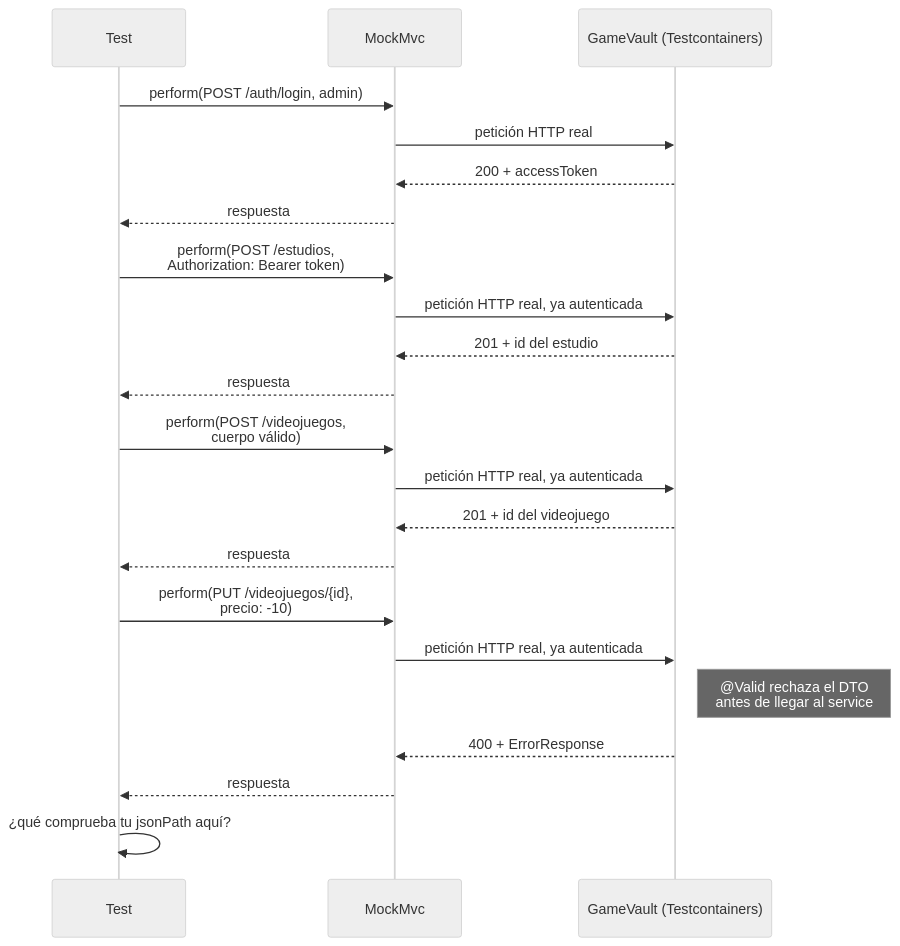
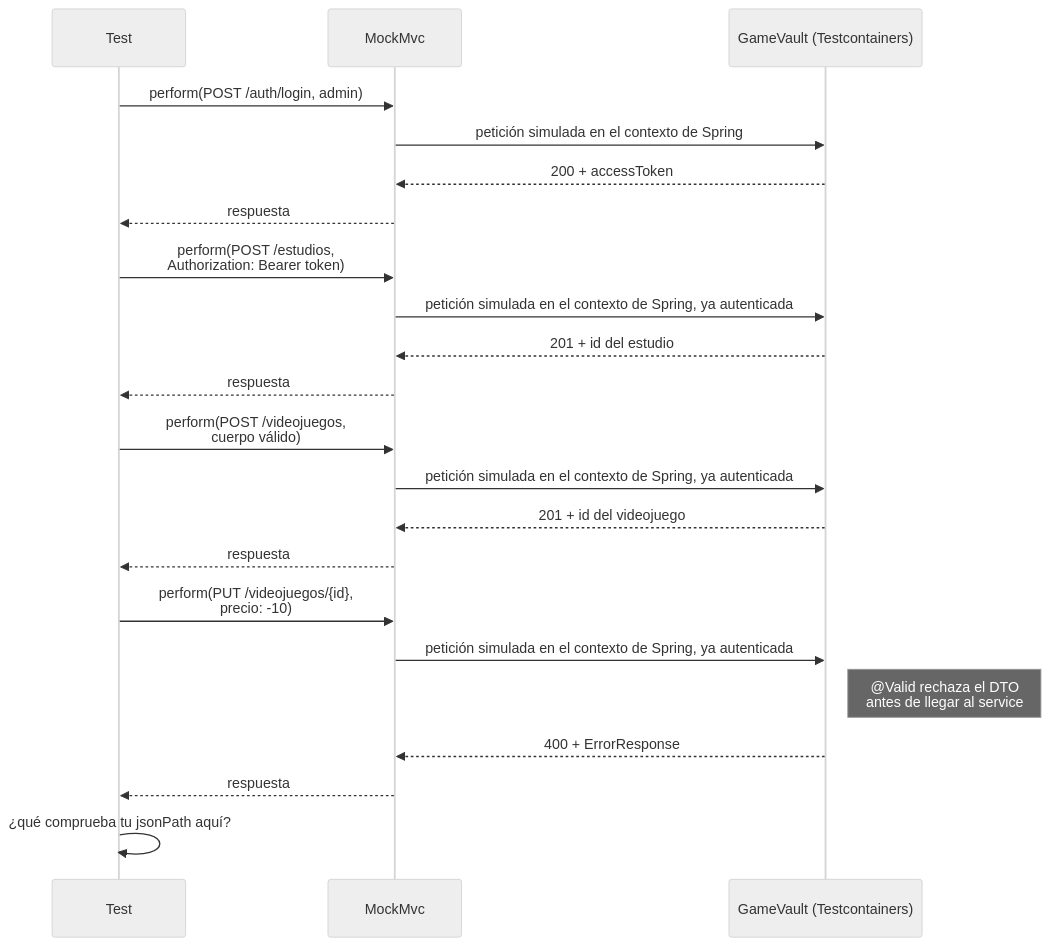
Before and after one commit to aitorventura/acceso-a-datos: the fourth of 6 diagrams in docs/tema2/actividad_2_3.md, drawn with Mermaid (neutral theme). The commit also changed other lines of this file and 5 other files, not shown here.

````diff
--- a/docs/tema2/actividad_2_3.md
+++ b/docs/tema2/actividad_2_3.md
@@ -368,28 +337,28 @@
 ```mermaid
 sequenceDiagram
     participant Test
     participant MockMvc
     participant App as GameVault (Testcontainers)
 
     Test->>MockMvc: perform(POST /auth/login, admin)
-    MockMvc->>App: petición HTTP real
+    MockMvc->>App: petición simulada en el contexto de Spring
     App-->>MockMvc: 200 + accessToken
     MockMvc-->>Test: respuesta
 
     Test->>MockMvc: perform(POST /estudios,<br/>Authorization: Bearer token)
-    MockMvc->>App: petición HTTP real, ya autenticada
+    MockMvc->>App: petición simulada en el contexto de Spring, ya autenticada
     App-->>MockMvc: 201 + id del estudio
     MockMvc-->>Test: respuesta
 
     Test->>MockMvc: perform(POST /videojuegos,<br/>cuerpo válido)
-    MockMvc->>App: petición HTTP real, ya autenticada
+    MockMvc->>App: petición simulada en el contexto de Spring, ya autenticada
     App-->>MockMvc: 201 + id del videojuego
     MockMvc-->>Test: respuesta
 
     Test->>MockMvc: perform(PUT /videojuegos/{id},<br/>precio: -10)
-    MockMvc->>App: petición HTTP real, ya autenticada
+    MockMvc->>App: petición simulada en el contexto de Spring, ya autenticada
     Note right of App: @Valid rechaza el DTO<br/>antes de llegar al service
     App-->>MockMvc: 400 + ErrorResponse
     MockMvc-->>Test: respuesta
     Test->>Test: ¿qué comprueba tu jsonPath aquí?
 ```
````
